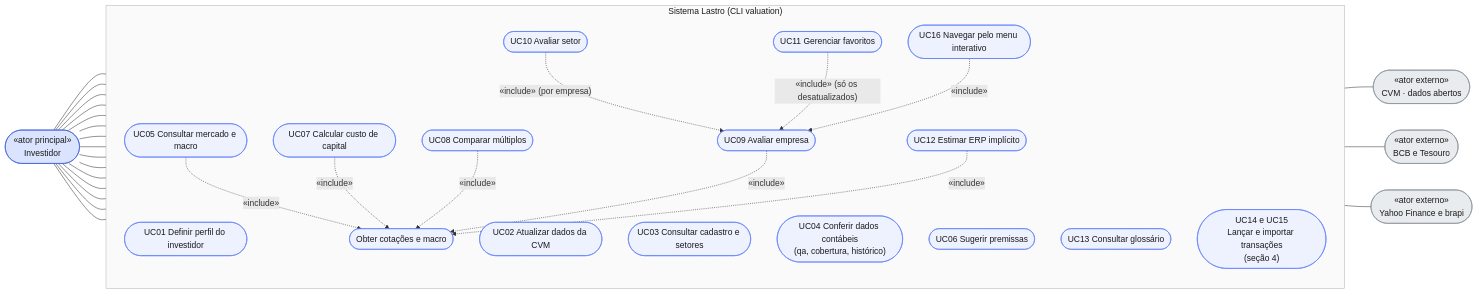
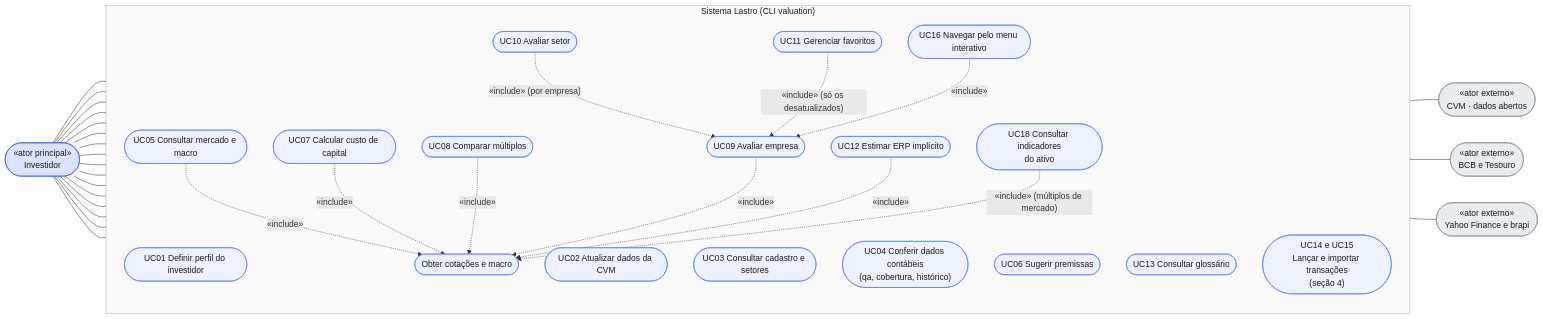
One commit to luiz2801/lastro changed the first of 3 diagrams in docs/diagrama_casos_de_uso.md. Above: the diagram before and after it, drawn with Mermaid. The commit also changed other lines of this file and 15 other files, not shown here.

First line of the commit message:
analise: indicadores por ativo e comando indicadores (ADR 0020, Etapa C3)

````diff
--- a/docs/diagrama_casos_de_uso.md
+++ b/docs/diagrama_casos_de_uso.md
@@ -22,49 +22,51 @@
 ```mermaid
 flowchart LR
     inv(["«ator principal»<br/>Investidor"]):::ator
     cvm(["«ator externo»<br/>CVM · dados abertos"]):::externo
     bcb(["«ator externo»<br/>BCB e Tesouro"]):::externo
     mkt(["«ator externo»<br/>Yahoo Finance e brapi"]):::externo
 
     subgraph SIS["Sistema Lastro (CLI valuation)"]
         direction TB
         uc01(["UC01 Definir perfil do investidor"])
         uc02(["UC02 Atualizar dados da CVM"])
         uc03(["UC03 Consultar cadastro e setores"])
         uc04(["UC04 Conferir dados contábeis<br/>(qa, cobertura, histórico)"])
         uc05(["UC05 Consultar mercado e macro"])
         uc06(["UC06 Sugerir premissas"])
         uc07(["UC07 Calcular custo de capital"])
         uc08(["UC08 Comparar múltiplos"])
         uc09(["UC09 Avaliar empresa"])
         uc10(["UC10 Avaliar setor"])
         uc11(["UC11 Gerenciar favoritos"])
         uc12(["UC12 Estimar ERP implícito"])
         uc13(["UC13 Consultar glossário"])
+        uc18(["UC18 Consultar indicadores<br/>do ativo"])
         uc16(["UC16 Navegar pelo menu interativo"])
         carteira(["UC14 e UC15<br/>Lançar e importar transações<br/>(seção 4)"])
         obter(["Obter cotações e macro"])
     end
 
     inv --- uc01 & uc02 & uc03 & uc04 & uc05 & uc06 & uc07
-    inv --- uc08 & uc09 & uc10 & uc11 & uc12 & uc13 & uc16 & carteira
+    inv --- uc08 & uc09 & uc10 & uc11 & uc12 & uc13 & uc16 & uc18 & carteira
 
     uc05 -.->|"«include»"| obter
     uc07 -.->|"«include»"| obter
     uc08 -.->|"«include»"| obter
     uc09 -.->|"«include»"| obter
     uc12 -.->|"«include»"| obter
+    uc18 -.->|"«include» (múltiplos de mercado)"| obter
     uc10 -.->|"«include» (por empresa)"| uc09
     uc11 -.->|"«include» (só os desatualizados)"| uc09
     uc16 -.->|"«include»"| uc09
 
     uc02 --- cvm
     obter --- bcb
     obter --- mkt
 
-    class uc01,uc02,uc03,uc04,uc05,uc06,uc07,uc08,uc09,uc10,uc11,uc12,uc13,uc16,carteira,obter caso
+    class uc01,uc02,uc03,uc04,uc05,uc06,uc07,uc08,uc09,uc10,uc11,uc12,uc13,uc16,uc18,carteira,obter caso
     style SIS fill:#fafafa,stroke:#adb5bd,color:#1a1a1a
     classDef ator fill:#dbe4ff,stroke:#3b5bdb,color:#1a1a1a
     classDef externo fill:#e9ecef,stroke:#868e96,color:#1a1a1a
     classDef caso fill:#eef2ff,stroke:#5c7cfa,color:#1a1a1a
 ```
````
